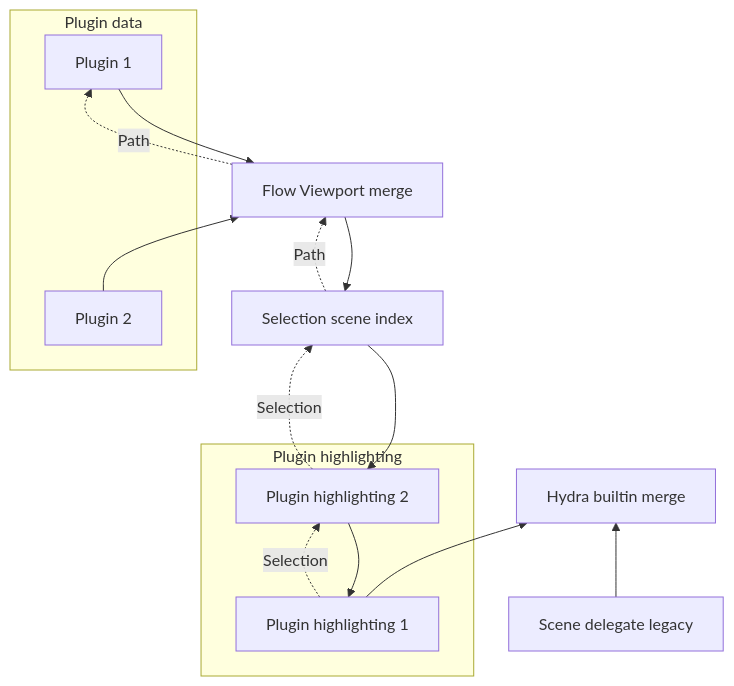
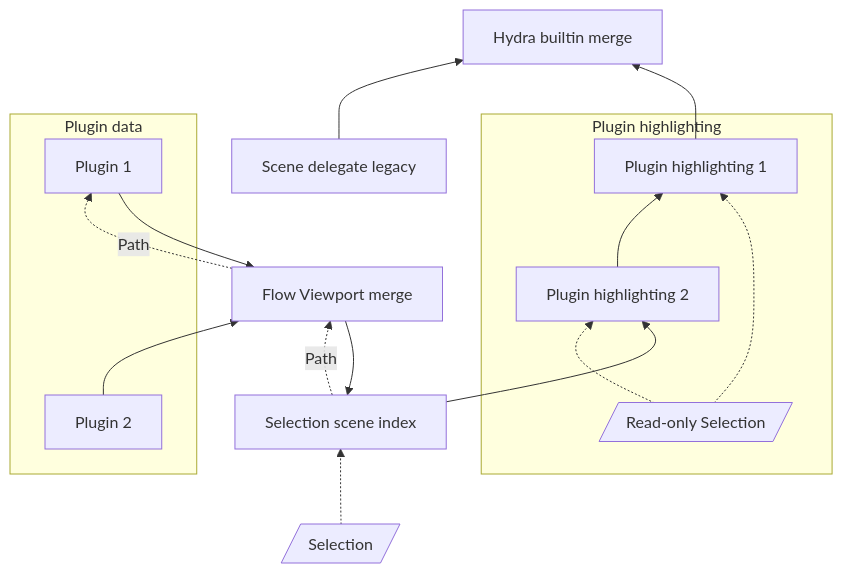
The first of 2 diagrams in doc/selectionHighlightingArchitecture.md (Autodesk/maya-hydra), drawn with Mermaid before and after one commit. The commit also changed other lines of this file and 15 other files, not shown here.

First line of the commit message:
Tremblp/hydra 567/flow selection GitHub (#9)

````diff
--- a/doc/selectionHighlightingArchitecture.md
+++ b/doc/selectionHighlightingArchitecture.md
@@ -234,20 +152,21 @@
 ```mermaid
 graph BT;
     lgcy[Scene delegate legacy]-->hm[Hydra builtin merge];
     ph1[Plugin highlighting 1]-->hm;
     subgraph ph[Plugin highlighting]
         ph2[Plugin highlighting 2]-->ph1;
-        ph1-. Selection .->ph2;
+        roSn[/Read-only Selection/]-.->ph1;
+        roSn-.->ph2;
     end
-    sn[Selection scene index]-->ph2;
-    ph2-. Selection .->sn;
-    fvpm[Flow Viewport merge]-->sn;
+    snSi[Selection scene index]-->ph2;
+    fvpm[Flow Viewport merge]-->snSi;
     subgraph pd[Plugin data]
         p1[Plugin 1];
         p2[Plugin 2];
     end
     fvpm-. Path .->p1;
     p1-->fvpm;
     p2-->fvpm;
-    sn-. Path .->fvpm;
+    snSi-. Path .->fvpm;
+    sn[/Selection/]-.->snSi;
 ```
````
